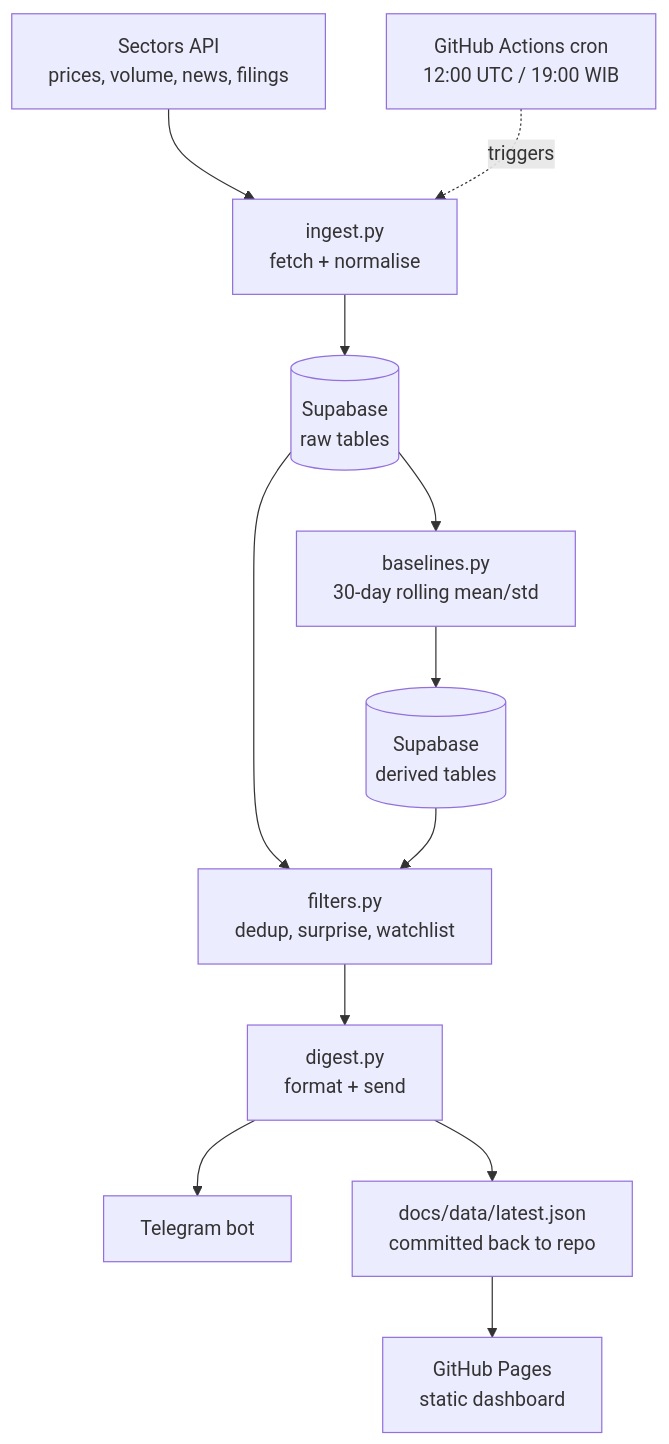
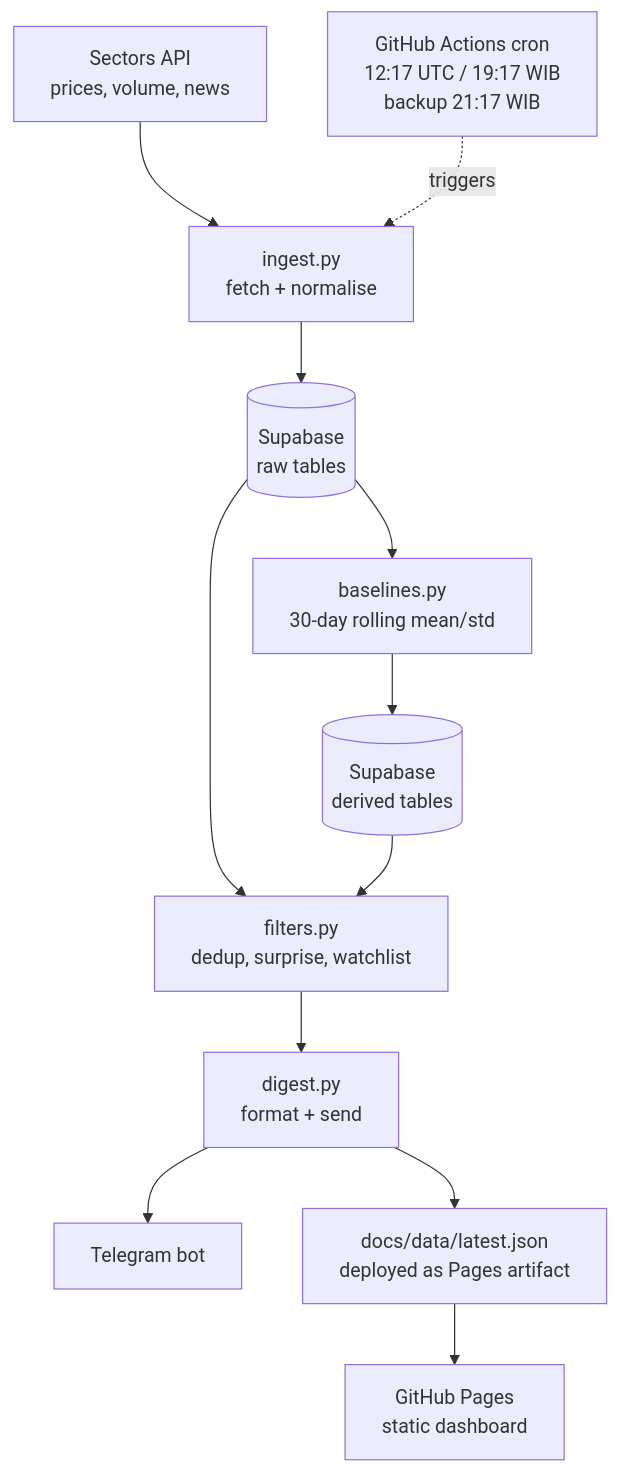
One commit to cleom-svg/idx-signal-filter changed the first of 2 diagrams in DESIGN.md. Above: the diagram before and after it, drawn with Mermaid. The commit also changed other lines of this file, not shown here.

````diff
--- a/DESIGN.md
+++ b/DESIGN.md
@@ -50,14 +52,14 @@
 ```mermaid
 flowchart TD
-    A[Sectors API<br/>prices, volume, news, filings] --> B[ingest.py<br/>fetch + normalise]
-    S[GitHub Actions cron<br/>12:00 UTC / 19:00 WIB] -.triggers.-> B
+    A[Sectors API<br/>prices, volume, news] --> B[ingest.py<br/>fetch + normalise]
+    S[GitHub Actions cron<br/>12:17 UTC / 19:17 WIB<br/>backup 21:17 WIB] -.triggers.-> B
     B --> C[(Supabase<br/>raw tables)]
     C --> D[baselines.py<br/>30-day rolling mean/std]
     D --> E[(Supabase<br/>derived tables)]
     C --> F[filters.py<br/>dedup, surprise, watchlist]
     E --> F
     F --> G[digest.py<br/>format + send]
     G --> H[Telegram bot]
-    G --> I[docs/data/latest.json<br/>committed back to repo]
+    G --> I[docs/data/latest.json<br/>deployed as Pages artifact]
     I --> J[GitHub Pages<br/>static dashboard]
 ```
````
